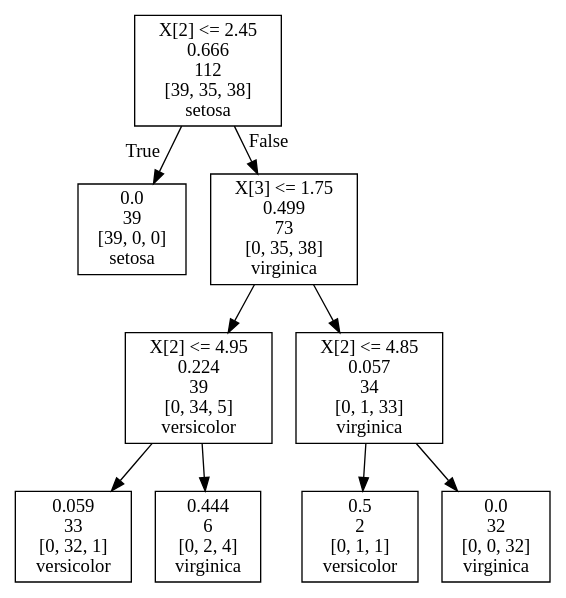
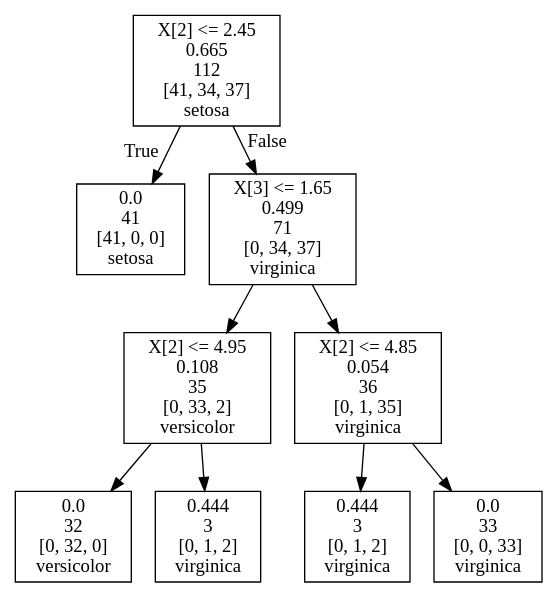
One commit to apallath/keras_sklearn_models changed the diagram in supervised/iris_tree.dot. Above: the diagram before and after it, drawn with Graphviz. The commit also changed 5 other files, not shown here.

```diff
--- a/supervised/iris_tree.dot
+++ b/supervised/iris_tree.dot
@@ -1,20 +1,20 @@
 digraph Tree {
 node [shape=box] ;
-0 [label="X[2] <= 2.45\n0.666\n112\n[39, 35, 38]\nsetosa"] ;
-1 [label="0.0\n39\n[39, 0, 0]\nsetosa"] ;
+0 [label="X[2] <= 2.45\n0.665\n112\n[41, 34, 37]\nsetosa"] ;
+1 [label="0.0\n41\n[41, 0, 0]\nsetosa"] ;
 0 -> 1 [labeldistance=2.5, labelangle=45, headlabel="True"] ;
-2 [label="X[3] <= 1.75\n0.499\n73\n[0, 35, 38]\nvirginica"] ;
+2 [label="X[3] <= 1.65\n0.499\n71\n[0, 34, 37]\nvirginica"] ;
 0 -> 2 [labeldistance=2.5, labelangle=-45, headlabel="False"] ;
-3 [label="X[2] <= 4.95\n0.224\n39\n[0, 34, 5]\nversicolor"] ;
+3 [label="X[2] <= 4.95\n0.108\n35\n[0, 33, 2]\nversicolor"] ;
 2 -> 3 ;
-4 [label="0.059\n33\n[0, 32, 1]\nversicolor"] ;
+4 [label="0.0\n32\n[0, 32, 0]\nversicolor"] ;
 3 -> 4 ;
-5 [label="0.444\n6\n[0, 2, 4]\nvirginica"] ;
+5 [label="0.444\n3\n[0, 1, 2]\nvirginica"] ;
 3 -> 5 ;
-6 [label="X[2] <= 4.85\n0.057\n34\n[0, 1, 33]\nvirginica"] ;
+6 [label="X[2] <= 4.85\n0.054\n36\n[0, 1, 35]\nvirginica"] ;
 2 -> 6 ;
-7 [label="0.5\n2\n[0, 1, 1]\nversicolor"] ;
+7 [label="0.444\n3\n[0, 1, 2]\nvirginica"] ;
 6 -> 7 ;
-8 [label="0.0\n32\n[0, 0, 32]\nvirginica"] ;
+8 [label="0.0\n33\n[0, 0, 33]\nvirginica"] ;
 6 -> 8 ;
 }
```
